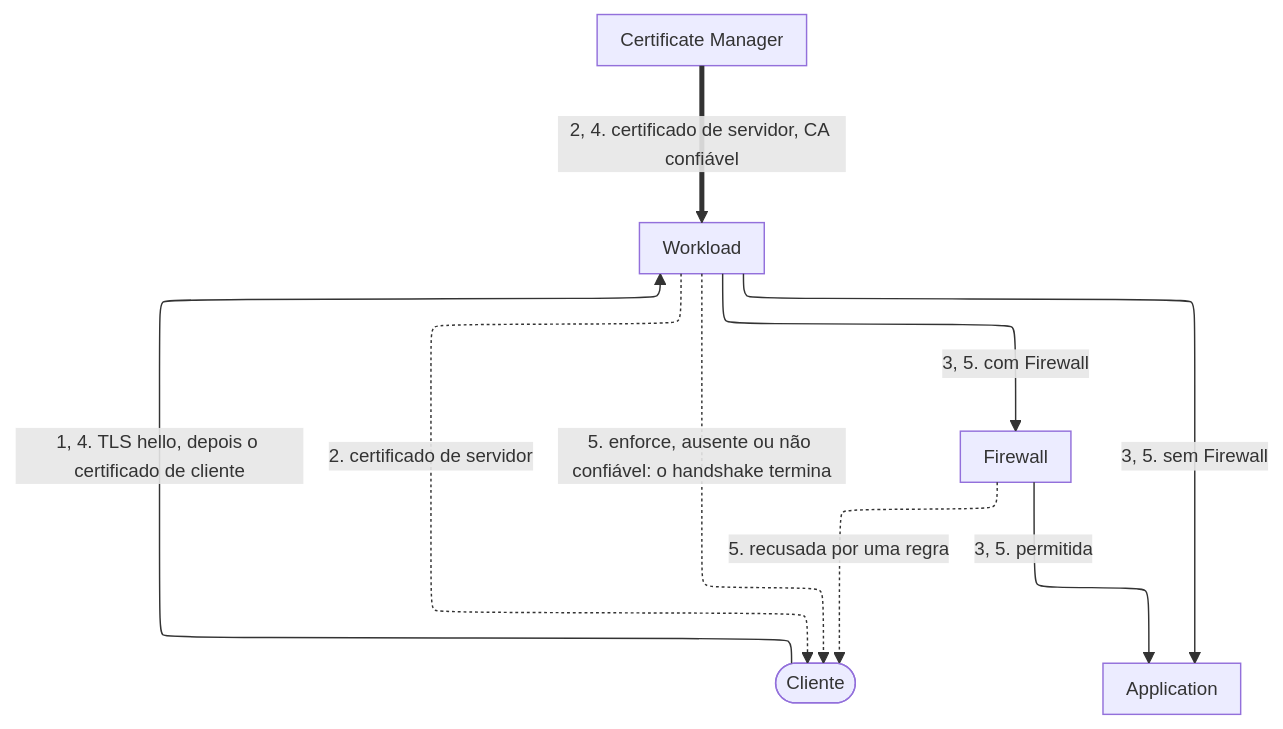
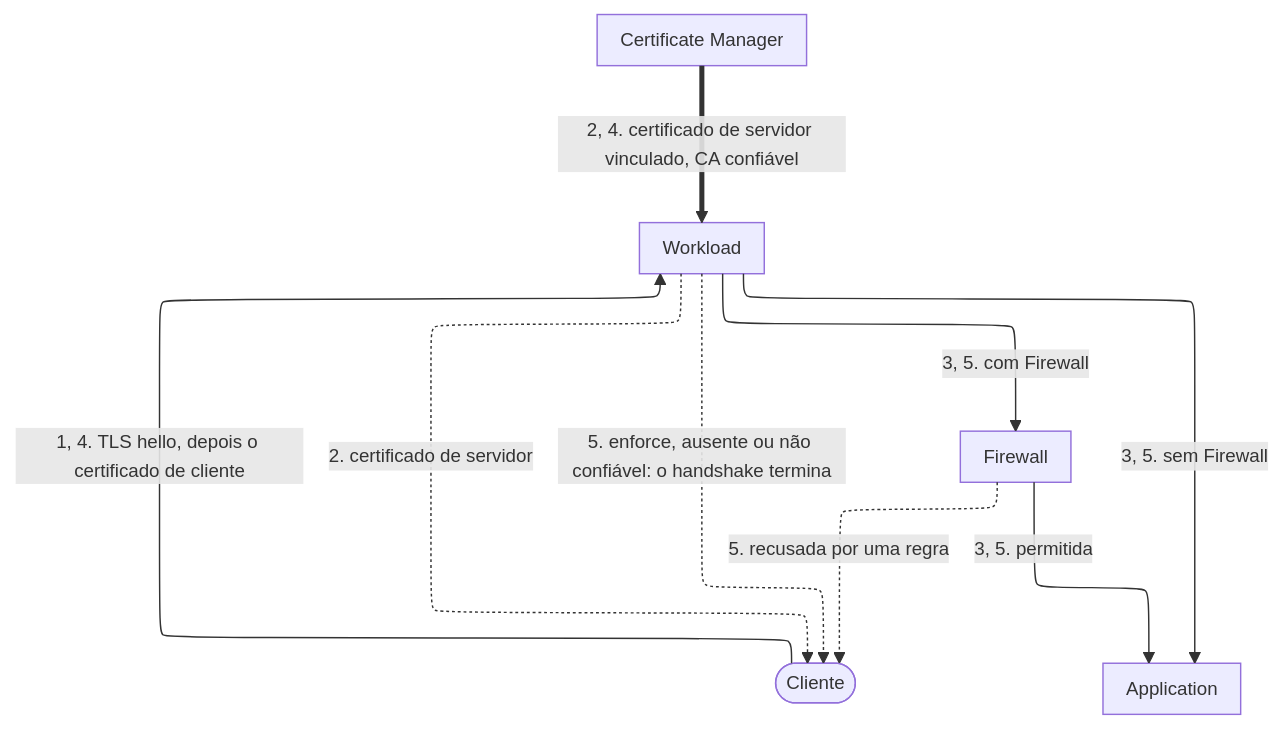
Before and after one commit to aziontech/docs: the diagram in apps/docs/src/content/docs/pt-br/pages/secure/certificate-manager/visao-geral.mdx, drawn with Mermaid. The commit also changed other lines of this file and 132 other files, not shown here.

````diff
--- a/apps/docs/src/content/docs/pt-br/pages/secure/certificate-manager/visao-geral.mdx
+++ b/apps/docs/src/content/docs/pt-br/pages/secure/certificate-manager/visao-geral.mdx
@@ -29,17 +29,17 @@
 ```mermaid
 %%{init: {"layout": "elk", "elk": {"cycleBreakingStrategy": "MODEL_ORDER"}, "themeVariables": {"fontSize": "13px"}, "flowchart": {"nodeSpacing": 24, "rankSpacing": 36, "padding": 8, "wrappingWidth": 150, "useMaxWidth": true}, "sequence": {"width": 120, "actorMargin": 30, "useMaxWidth": true}}}%%
 flowchart TD
   Client(["Cliente"])
   WL["Workload"]
   CM["Certificate Manager"]
   FW["Firewall"]
   App["Application"]
   Client -->|"1, 4. TLS hello, depois o certificado de cliente"| WL
-  CM ==>|"2, 4. certificado de servidor, CA confiável"| WL
+  CM ==>|"2, 4. certificado de servidor vinculado, CA confiável"| WL
   WL -.->|"2. certificado de servidor"| Client
   WL -.->|"5. enforce, ausente ou não confiável: o handshake termina"| Client
   WL -->|"3, 5. com Firewall"| FW
   WL -->|"3, 5. sem Firewall"| App
   FW -->|"3, 5. permitida"| App
   FW -.->|"5. recusada por uma regra"| Client
 ```
````
